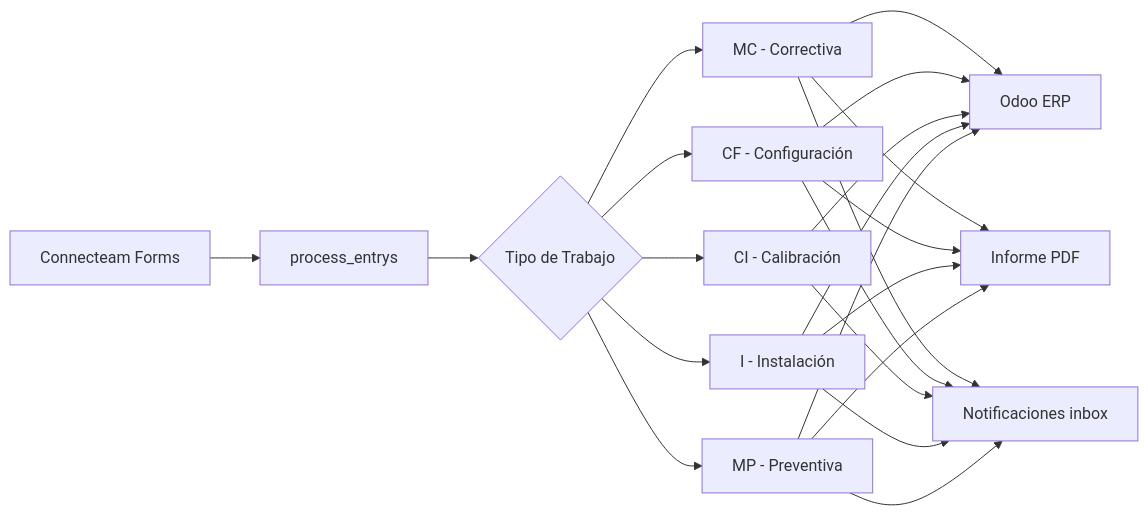
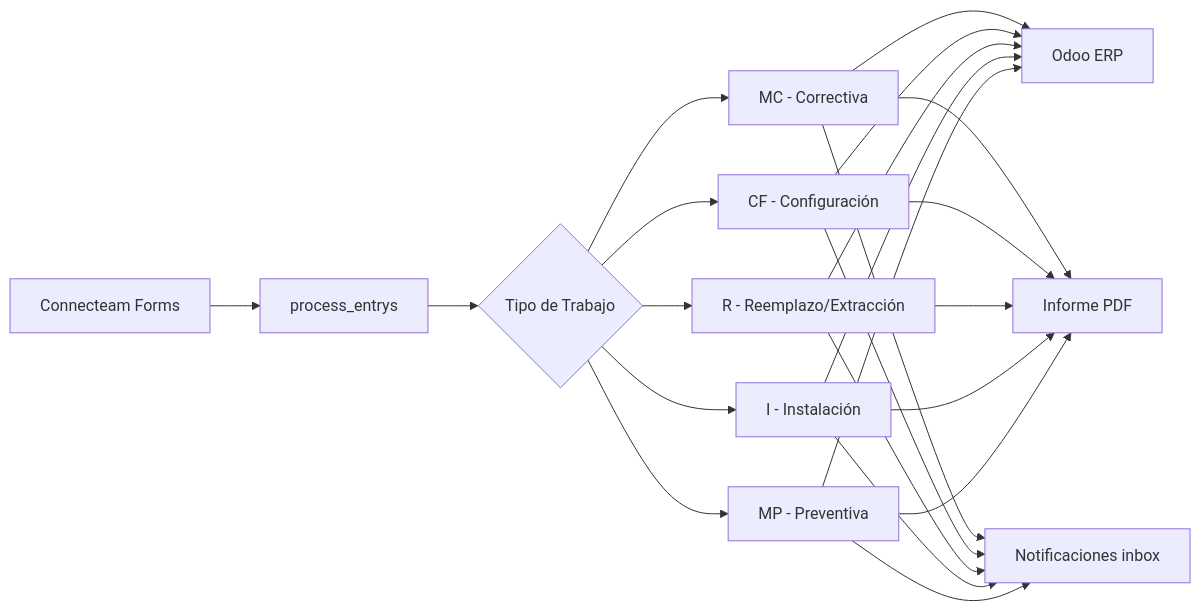
Before and after one commit to dcuerowe/odoo_con_mantenciones: the first of 11 diagrams in pipeline_registro_II/processor_documentation.md, drawn with Mermaid. The commit also changed other lines of this file and 4 other files, not shown here.

````diff
--- a/pipeline_registro_II/processor_documentation.md
+++ b/pipeline_registro_II/processor_documentation.md
@@ -11,13 +11,13 @@
 ```mermaid
 flowchart LR
     A[Connecteam Forms] --> B[process_entrys]
     B --> C{Tipo de Trabajo}
     C --> D[MC - Correctiva]
     C --> E[CF - Configuración]
-    C --> F[CI - Calibración]
+    C --> F[R - Reemplazo/Extracción]
     C --> G[I - Instalación]
     C --> H[MP - Preventiva]
     D & E & F & G & H --> I[Odoo ERP]
-    D & E  & G & H --> J[Informe PDF]
+    D & E & F & G & H --> J[Informe PDF]
     D & E & F & G & H --> K[Notificaciones inbox]
 ```
````
